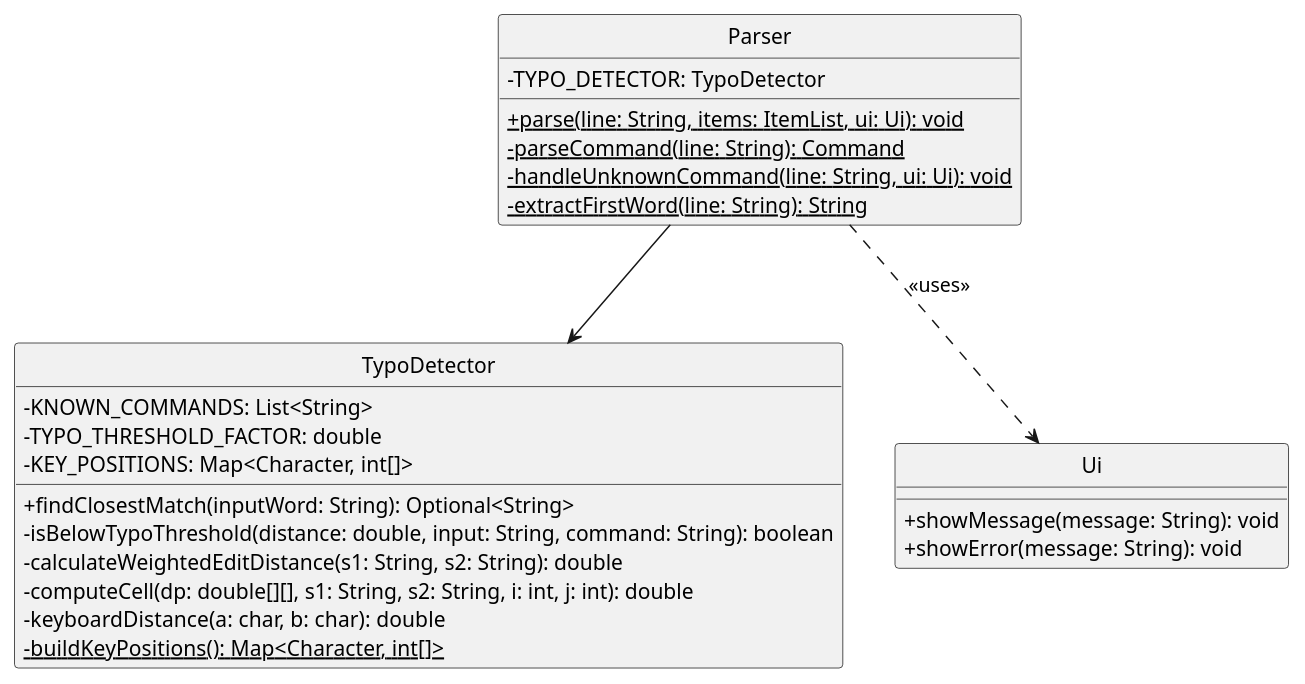
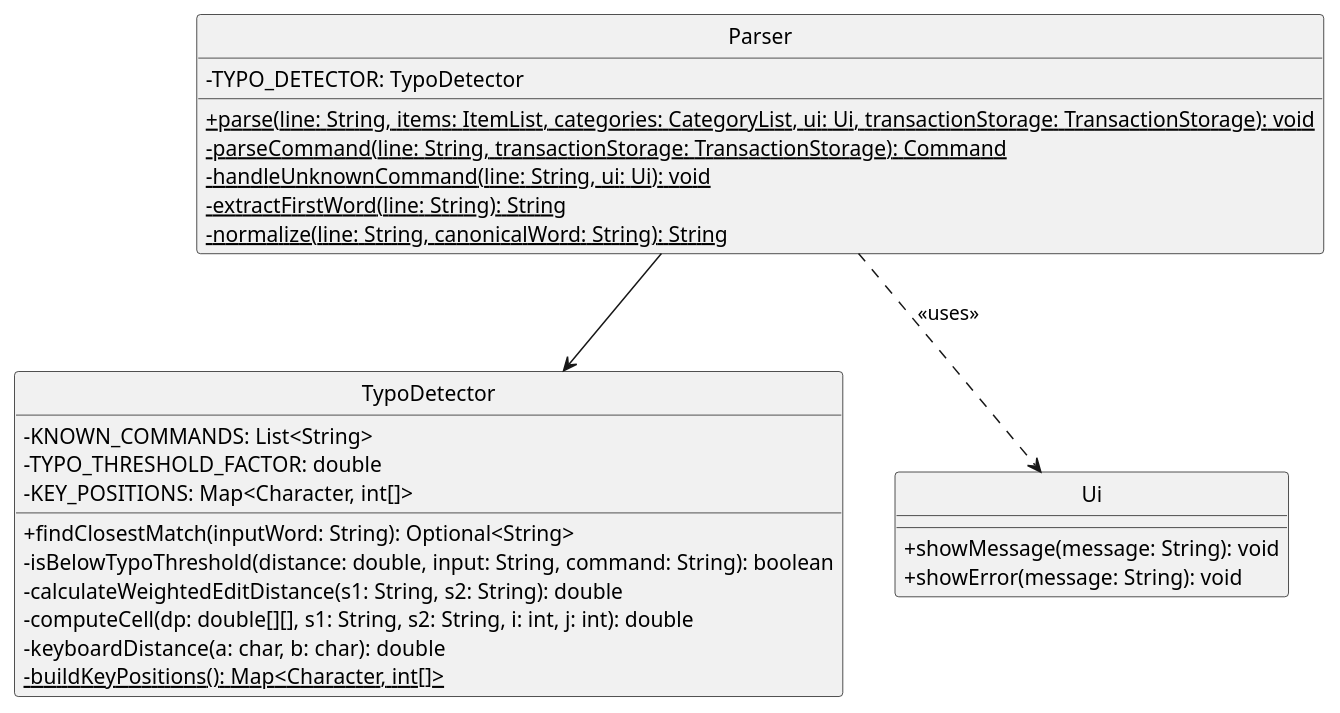
Before and after one commit to adbsw/tp: the diagram in docs/diagrams/TypoDetectorClassDiagram.puml, drawn with PlantUML. The commit also changed 7 other files, not shown here.

```diff
--- a/docs/diagrams/TypoDetectorClassDiagram.puml
+++ b/docs/diagrams/TypoDetectorClassDiagram.puml
@@ -1,35 +1,36 @@
 @startuml
 skinparam monochrome true
 skinparam shadowing false
 skinparam classAttributeIconSize 0
 hide circle
 
 class Parser {
     - TYPO_DETECTOR: TypoDetector
-    + {static} parse(line: String, items: ItemList, ui: Ui): void
-    - {static} parseCommand(line: String): Command
+    + {static} parse(line: String, items: ItemList, categories: CategoryList, ui: Ui, transactionStorage: TransactionStorage): void
+    - {static} parseCommand(line: String, transactionStorage: TransactionStorage): Command
     - {static} handleUnknownCommand(line: String, ui: Ui): void
     - {static} extractFirstWord(line: String): String
+    - {static} normalize(line: String, canonicalWord: String): String
 }
 
 class TypoDetector {
     - KNOWN_COMMANDS: List<String>
     - TYPO_THRESHOLD_FACTOR: double
     - KEY_POSITIONS: Map<Character, int[]>
     + findClosestMatch(inputWord: String): Optional<String>
     - isBelowTypoThreshold(distance: double, input: String, command: String): boolean
     - calculateWeightedEditDistance(s1: String, s2: String): double
     - computeCell(dp: double[][], s1: String, s2: String, i: int, j: int): double
     - keyboardDistance(a: char, b: char): double
     - {static} buildKeyPositions(): Map<Character, int[]>
 }
 
 class Ui {
     + showMessage(message: String): void
     + showError(message: String): void
 }
 
 Parser --> TypoDetector
 Parser ..> Ui : <<uses>>
 
 @enduml
```
